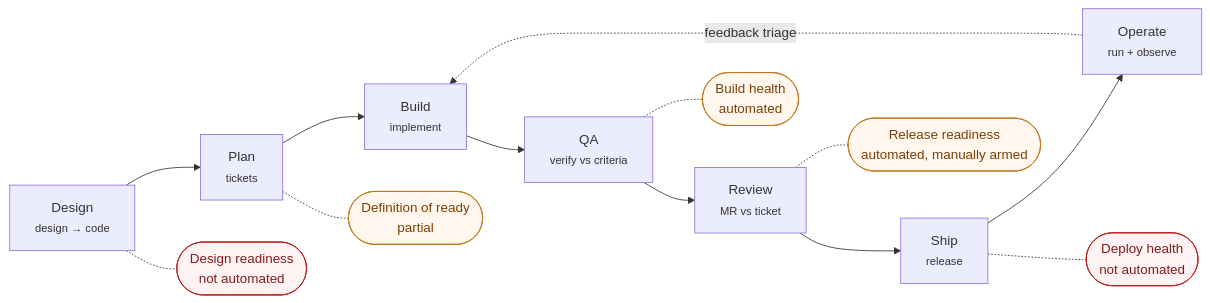
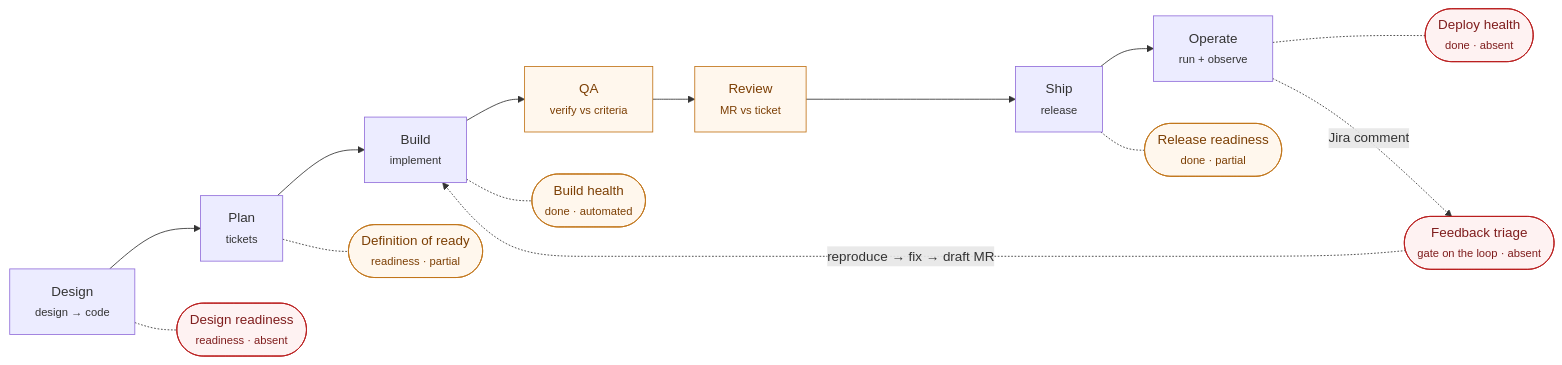
Before and after one commit to wpots/ai-workflows: the first of 2 diagrams in docs/pipeline-map.md, drawn with Mermaid. The commit also changed other lines of this file and 3 other files, not shown here.

````diff
--- a/docs/pipeline-map.md
+++ b/docs/pipeline-map.md
@@ -19,30 +23,34 @@
 ```mermaid
 flowchart LR
   design["Design<br/><small>design → code</small>"]
   plan["Plan<br/><small>tickets</small>"]
   build["Build<br/><small>implement</small>"]
   qa["QA<br/><small>verify vs criteria</small>"]
   review["Review<br/><small>MR vs ticket</small>"]
   ship["Ship<br/><small>release</small>"]
   operate["Operate<br/><small>run + observe</small>"]
 
   design --> plan --> build --> qa --> review --> ship --> operate
-  operate -. "feedback triage" .-> build
 
-  g1(["Design readiness<br/>not automated"])
-  g2(["Definition of ready<br/>partial"])
-  g3(["Build health<br/>automated"])
-  g4(["Release readiness<br/>automated, manually armed"])
-  g5(["Deploy health<br/>not automated"])
+  g1(["Design readiness<br/><small>readiness · absent</small>"])
+  g2(["Definition of ready<br/><small>readiness · partial</small>"])
+  g3(["Build health<br/><small>done · automated</small>"])
+  g4(["Release readiness<br/><small>done · partial</small>"])
+  g5(["Deploy health<br/><small>done · absent</small>"])
+  g6(["Feedback triage<br/><small>gate on the loop · absent</small>"])
 
   design -.- g1
   plan -.- g2
-  qa -.- g3
-  review -.- g4
-  ship -.- g5
+  build -.- g3
+  ship -.- g4
+  operate -.- g5
+
+  operate -. "Jira comment" .-> g6
+  g6 -. "reproduce → fix → draft MR" .-> build
 
   classDef gate fill:#fff7ed,stroke:#c2751a,color:#7c3f04;
   classDef gap fill:#fef2f2,stroke:#b91c1c,color:#7f1d1d;
   class g2,g3,g4 gate;
-  class g1,g5 gap;
+  class g1,g5,g6 gap;
+  class qa,review gate;
 ```
````
